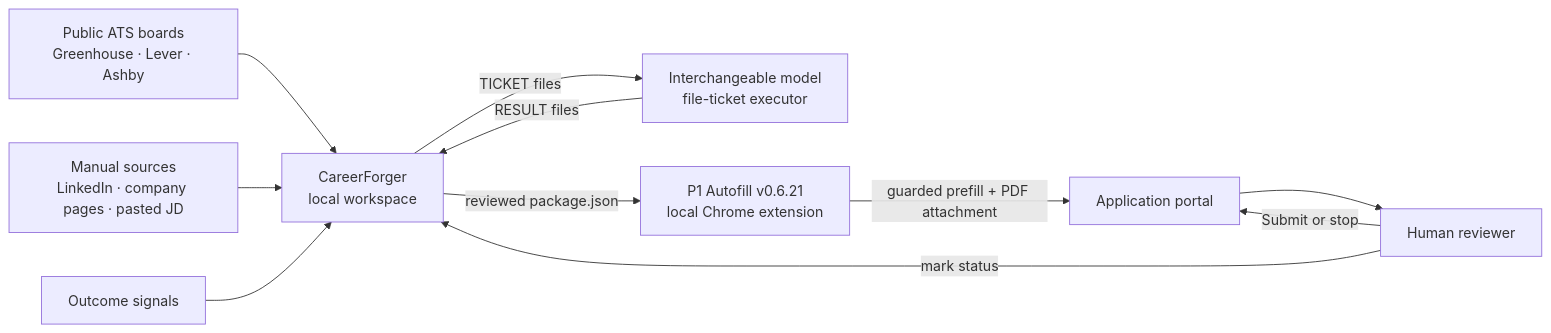
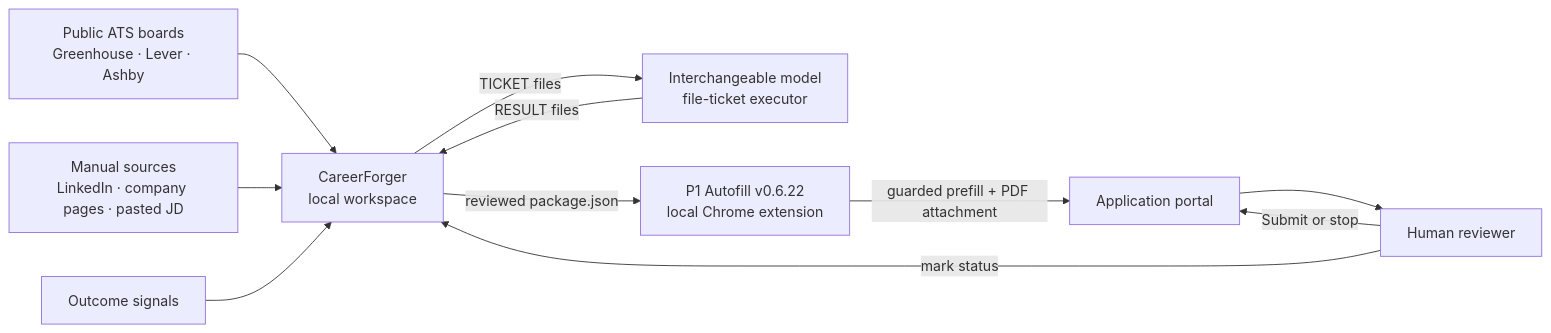
The first of 4 diagrams in docs/ARCHITECTURE.md (devothamgn321/CareerForger), drawn with Mermaid before and after one commit. The commit also changed other lines of this file and 11 other files, not shown here.

````diff
--- a/docs/ARCHITECTURE.md
+++ b/docs/ARCHITECTURE.md
@@ -117,22 +117,22 @@
 ```mermaid
 flowchart LR
     ATS[Public ATS boards<br/>Greenhouse · Lever · Ashby]
     MANUAL[Manual sources<br/>LinkedIn · company pages · pasted JD]
     CF[CareerForger<br/>local workspace]
     MODEL[Interchangeable model<br/>file-ticket executor]
-    EXT[P1 Autofill v0.6.21<br/>local Chrome extension]
+    EXT[P1 Autofill v0.6.22<br/>local Chrome extension]
     PORTAL[Application portal]
     HUMAN[Human reviewer]
     OUTCOME[Outcome signals]
 
     ATS --> CF
     MANUAL --> CF
     CF -->|TICKET files| MODEL
     MODEL -->|RESULT files| CF
     CF -->|reviewed package.json| EXT
     EXT -->|guarded prefill + PDF attachment| PORTAL
     PORTAL --> HUMAN
     HUMAN -->|Submit or stop| PORTAL
     HUMAN -->|mark status| CF
     OUTCOME --> CF
 ```
````
